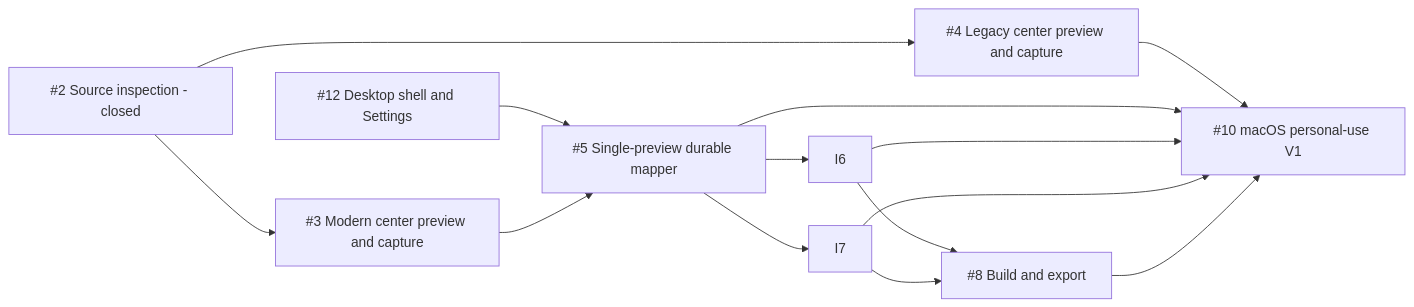
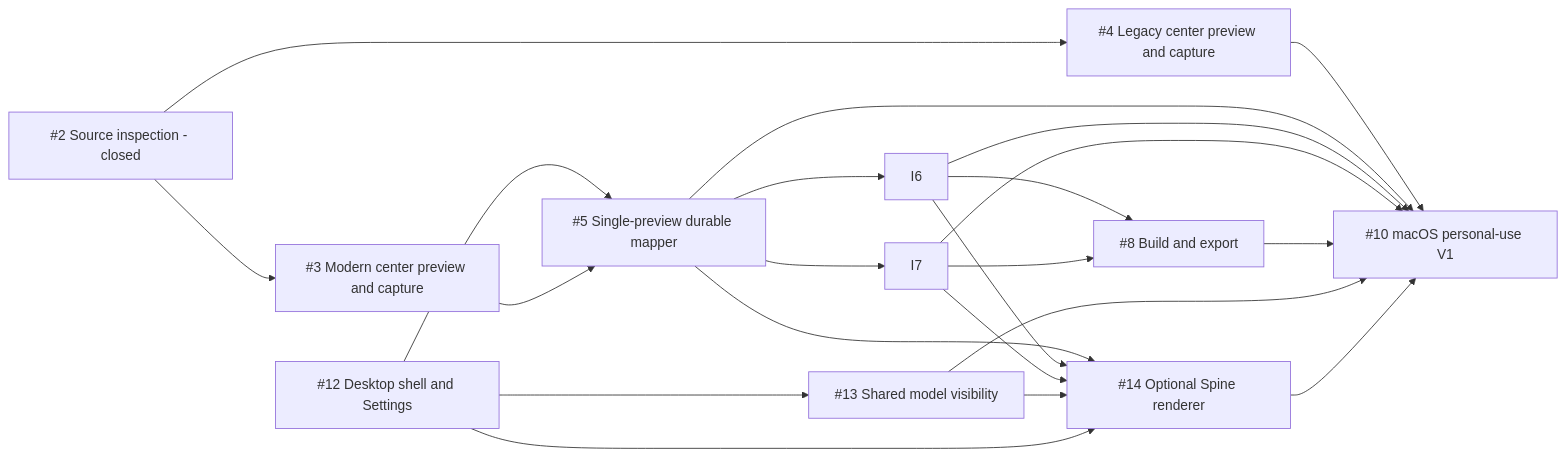
Before and after one commit to receyuki/live2pet: the diagram in docs/plans/live2pet-v1-implementation-plan.md, drawn with Mermaid. The commit also changed other lines of this file and 4 other files, not shown here.

Commit message:
docs: plan optional Spine and model visibility

````diff
--- a/docs/plans/live2pet-v1-implementation-plan.md
+++ b/docs/plans/live2pet-v1-implementation-plan.md
@@ -170,16 +218,24 @@
 ```mermaid
 flowchart LR
     I2[#2 Source inspection - closed] --> I3[#3 Modern center preview and capture]
     I2 --> I4[#4 Legacy center preview and capture]
     UI[#12 Desktop shell and Settings] --> I5
+    UI --> I13[#13 Shared model visibility]
     I3 --> I5[#5 Single-preview durable mapper]
     I5 --> I6
     I5 --> I7
+    I5 --> I14[#14 Optional Spine renderer]
+    I6 --> I14
+    I7 --> I14
+    I13 --> I14
+    UI --> I14
     I6 --> I8[#8 Build and export]
     I7 --> I8
     I4 --> I10[#10 macOS personal-use V1]
     I5 --> I10
     I6 --> I10
     I7 --> I10
     I8 --> I10
+    I13 --> I10
+    I14 --> I10
 ```
````
